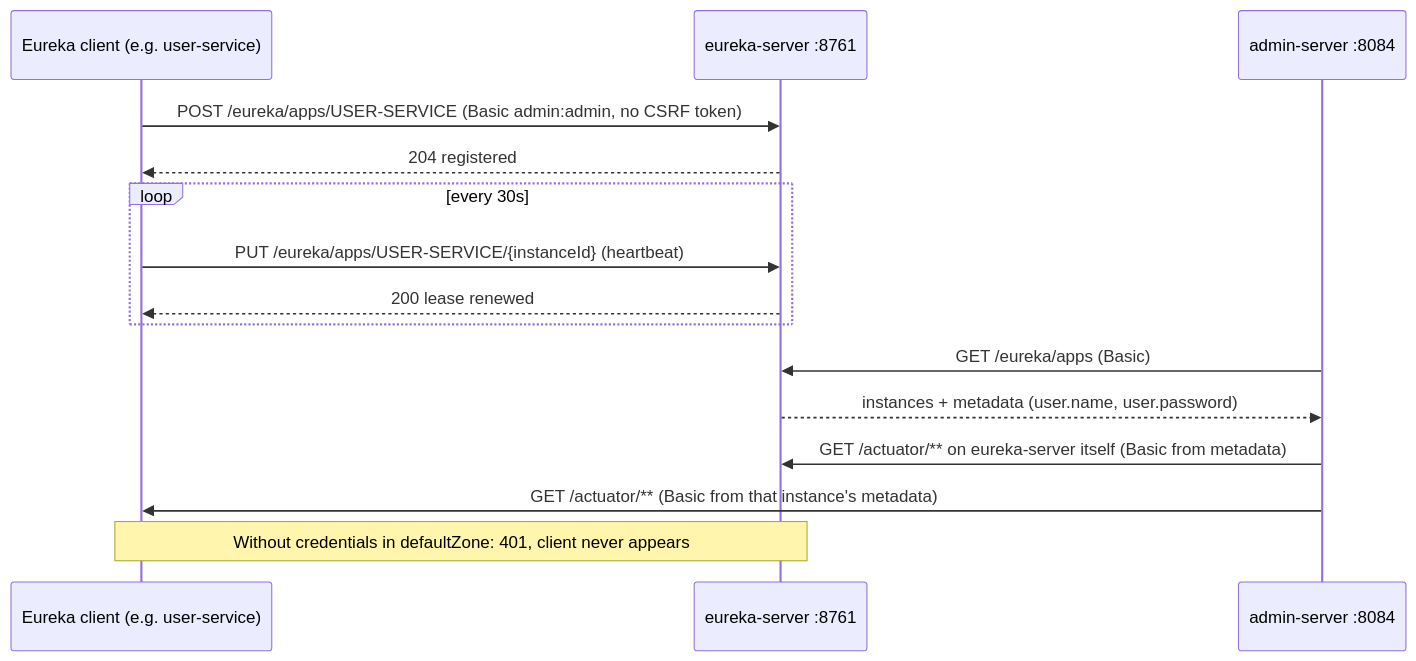
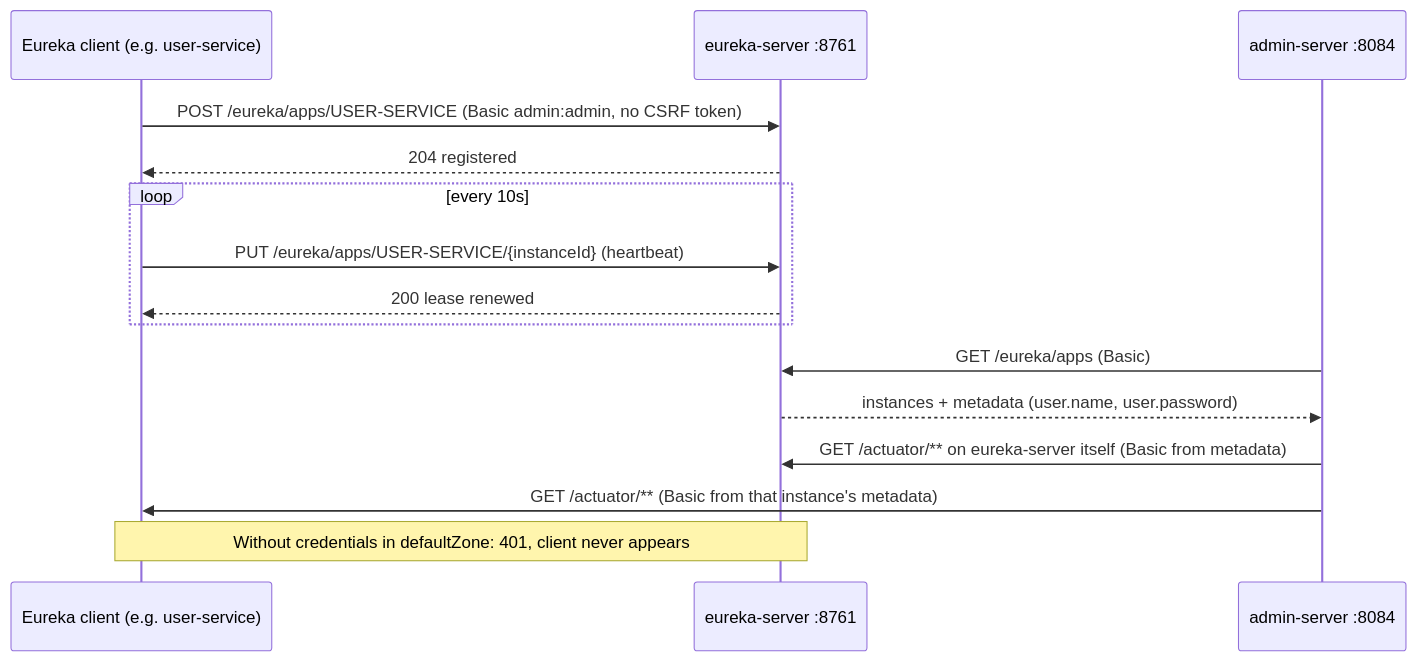
One commit to himnay/learning-spring-cloud changed the diagram in eureka-server/README.md. Above: the diagram before and after it, drawn with Mermaid. The commit also changed other lines of this file and 6 other files, not shown here.

````diff
--- a/eureka-server/README.md
+++ b/eureka-server/README.md
@@ -198,18 +198,18 @@
 ```mermaid
 sequenceDiagram
     participant Client as Eureka client (e.g. user-service)
     participant Eureka as eureka-server :8761
     participant SBA as admin-server :8084
 
     Client->>Eureka: POST /eureka/apps/USER-SERVICE (Basic admin:admin, no CSRF token)
     Eureka-->>Client: 204 registered
-    loop every 30s
+    loop every 10s
         Client->>Eureka: PUT /eureka/apps/USER-SERVICE/{instanceId} (heartbeat)
         Eureka-->>Client: 200 lease renewed
     end
     SBA->>Eureka: GET /eureka/apps (Basic)
     Eureka-->>SBA: instances + metadata (user.name, user.password)
     SBA->>Eureka: GET /actuator/** on eureka-server itself (Basic from metadata)
     SBA->>Client: GET /actuator/** (Basic from that instance's metadata)
     Note over Client,Eureka: Without credentials in defaultZone: 401, client never appears
 ```
````
